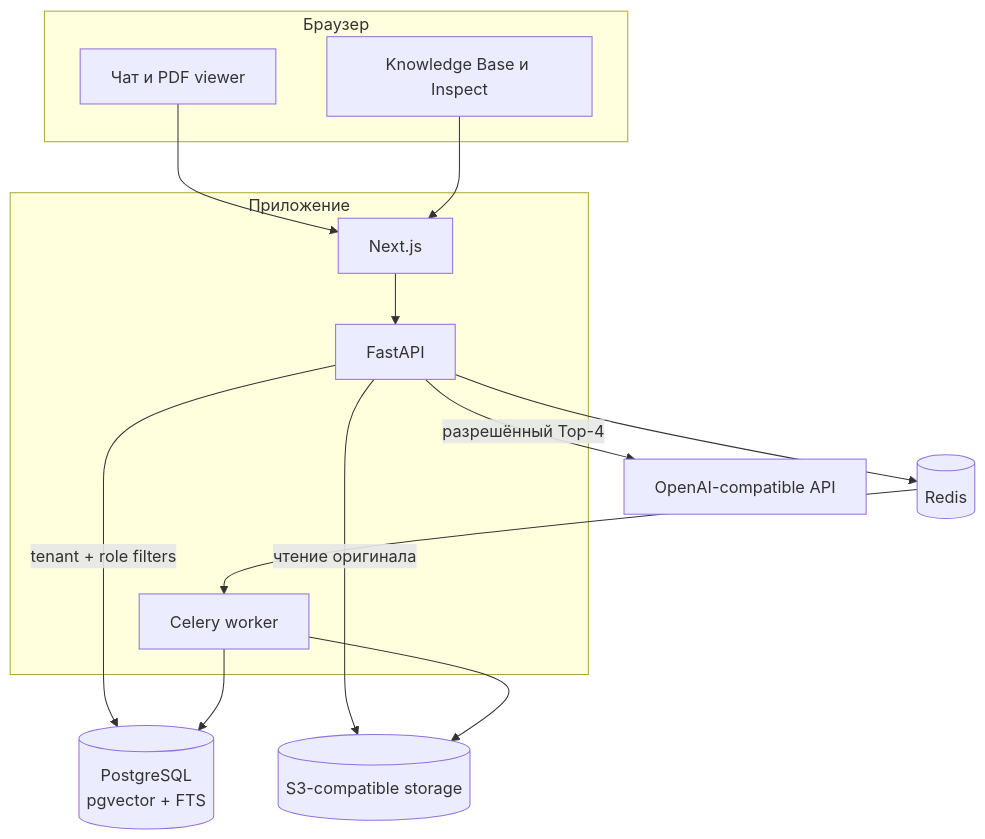
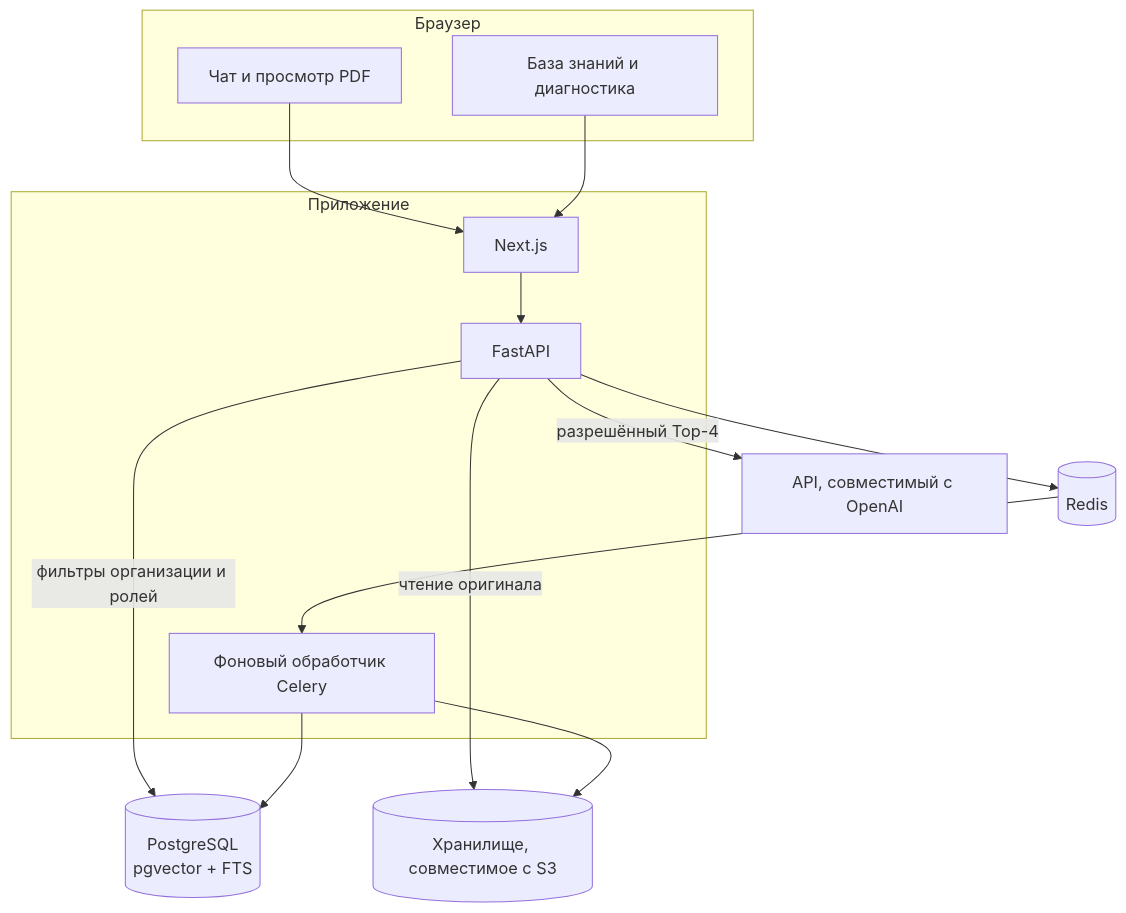
Before and after one commit to vladweat/docwise: the first of 3 diagrams in docs/product/architecture.md, drawn with Mermaid. The commit also changed other lines of this file and 51 other files, not shown here.

````diff
--- a/docs/product/architecture.md
+++ b/docs/product/architecture.md
@@ -9,25 +9,25 @@
 ```mermaid
 flowchart TB
   subgraph client [Браузер]
-    Chat[Чат и PDF viewer]
-    Admin[Knowledge Base и Inspect]
+    Chat[Чат и просмотр PDF]
+    Admin[База знаний и диагностика]
   end
   subgraph web [Приложение]
     Next[Next.js]
     API[FastAPI]
-    Worker[Celery worker]
+    Worker[Фоновый обработчик Celery]
   end
   Queue[(Redis)]
   DB[(PostgreSQL<br/>pgvector + FTS)]
-  Files[(S3-compatible storage)]
-  Model[OpenAI-compatible API]
+  Files[(Хранилище, совместимое с S3)]
+  Model[API, совместимый с OpenAI]
 
   Chat --> Next --> API
   Admin --> Next
-  API -->|tenant + role filters| DB
+  API -->|фильтры организации и ролей| DB
   API -->|разрешённый Top-4| Model
   API -->|чтение оригинала| Files
   API --> Queue --> Worker
   Worker --> DB
   Worker --> Files
 ```
````
